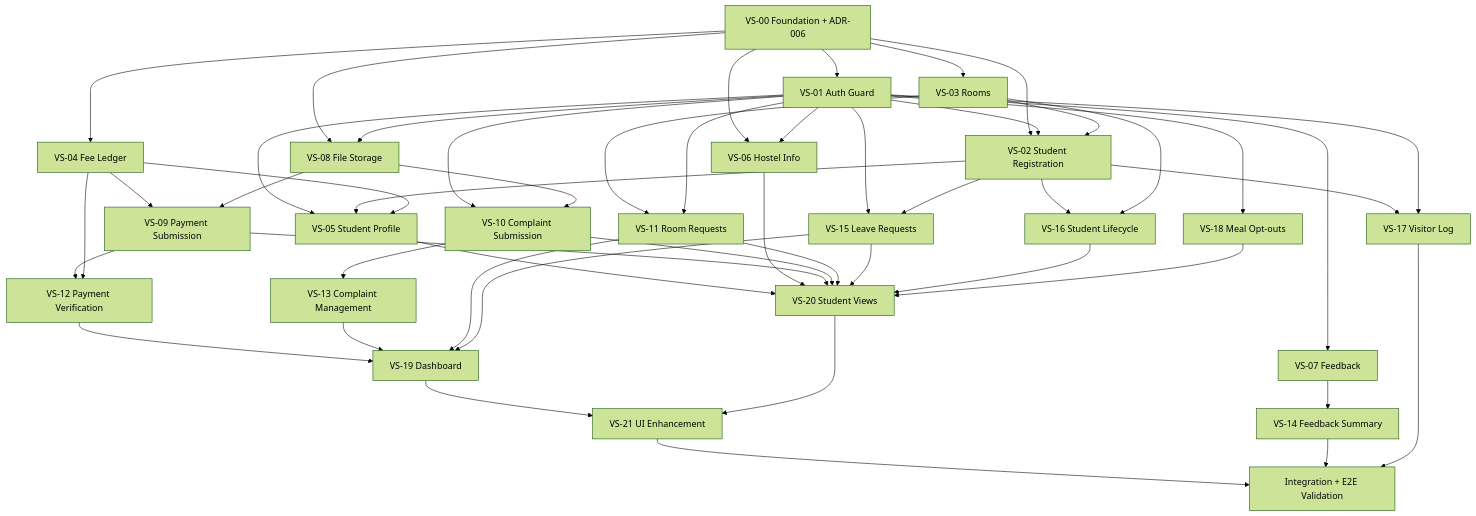
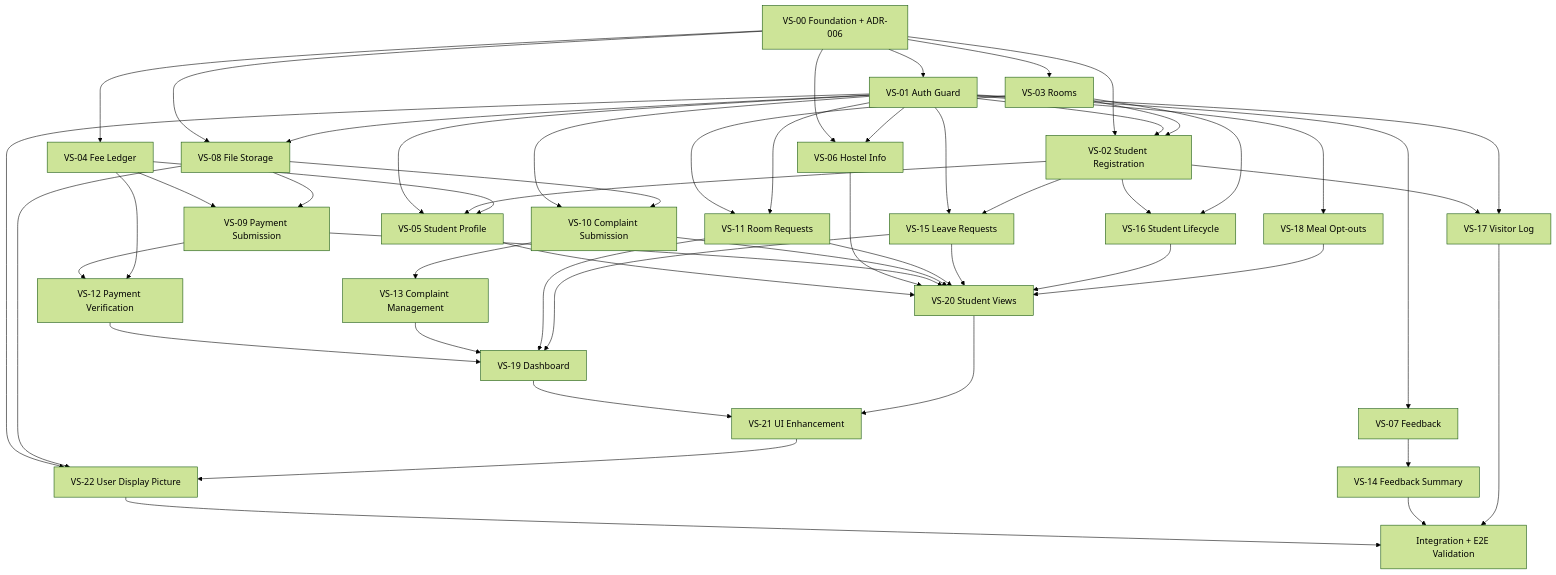
One commit to i253146-adnan1/HostelEase changed the diagram in plan.md. Above: the diagram before and after it, drawn with Mermaid (forest theme). The commit also changed other lines of this file and 2 other files, not shown here.

Commit message:
Docs: Add VS-22 (User Display Picture / Profile Avatar) slice to plan.md, PRD, and decision-log.md

````diff
--- a/plan.md
+++ b/plan.md
@@ -587,75 +604,79 @@
 ```mermaid
 flowchart TD
     A["VS-00 Foundation + ADR-006"]
     B["VS-01 Auth Guard"]
     C["VS-02 Student Registration"]
     D["VS-03 Rooms"]
     E["VS-04 Fee Ledger"]
     F["VS-05 Student Profile"]
     G["VS-06 Hostel Info"]
     H["VS-07 Feedback"]
     I["VS-08 File Storage"]
     J["VS-09 Payment Submission"]
     K["VS-10 Complaint Submission"]
     L["VS-11 Room Requests"]
     M["VS-12 Payment Verification"]
     N["VS-13 Complaint Management"]
     O["VS-14 Feedback Summary"]
     P["VS-15 Leave Requests"]
     Q["VS-16 Student Lifecycle"]
     R["VS-17 Visitor Log"]
     S["VS-18 Meal Opt-outs"]
     T["VS-19 Dashboard"]
     U["VS-20 Student Views"]
     W["VS-21 UI Enhancement"]
+    X["VS-22 User Display Picture"]
     V["Integration + E2E Validation"]
 
     A --> B
     A --> C
     A --> D
     A --> E
     B --> C
     D --> C
     B --> F
     C --> F
     E --> F
     A --> G
     B --> G
     B --> H
     A --> I
     B --> I
     E --> J
     I --> J
     B --> K
     I --> K
     D --> L
     B --> L
     J --> M
     E --> M
     K --> N
     H --> O
     B --> P
     C --> P
     C --> Q
     D --> Q
     C --> R
     B --> R
     B --> S
     M --> T
     N --> T
     L --> T
     P --> T
     F --> U
     G --> U
     J --> U
     K --> U
     L --> U
     P --> U
     Q --> U
     S --> U
     T --> W
     U --> W
-    W --> V
+    B --> X
+    I --> X
+    W --> X
+    X --> V
     O --> V
     R --> V
 ```
````
